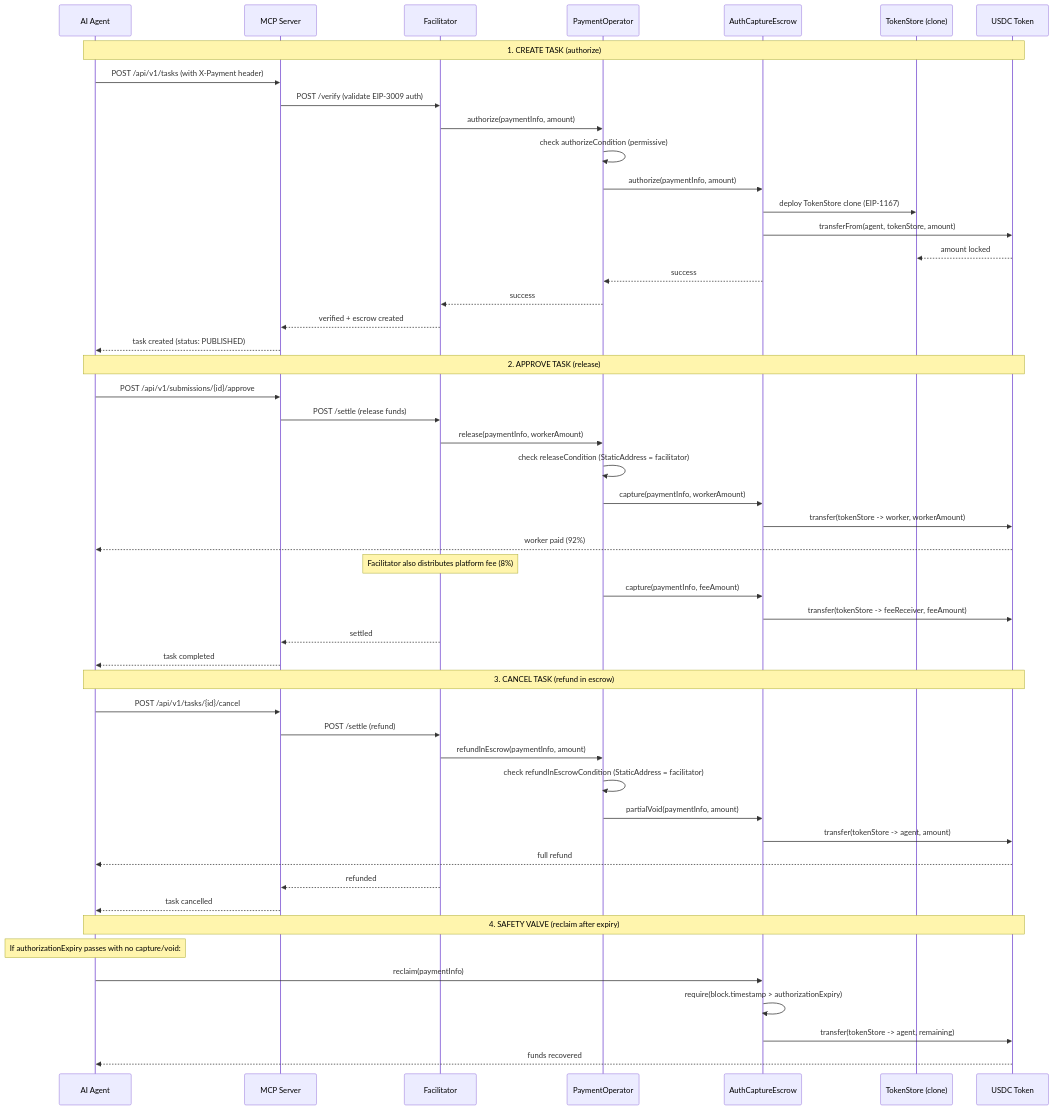
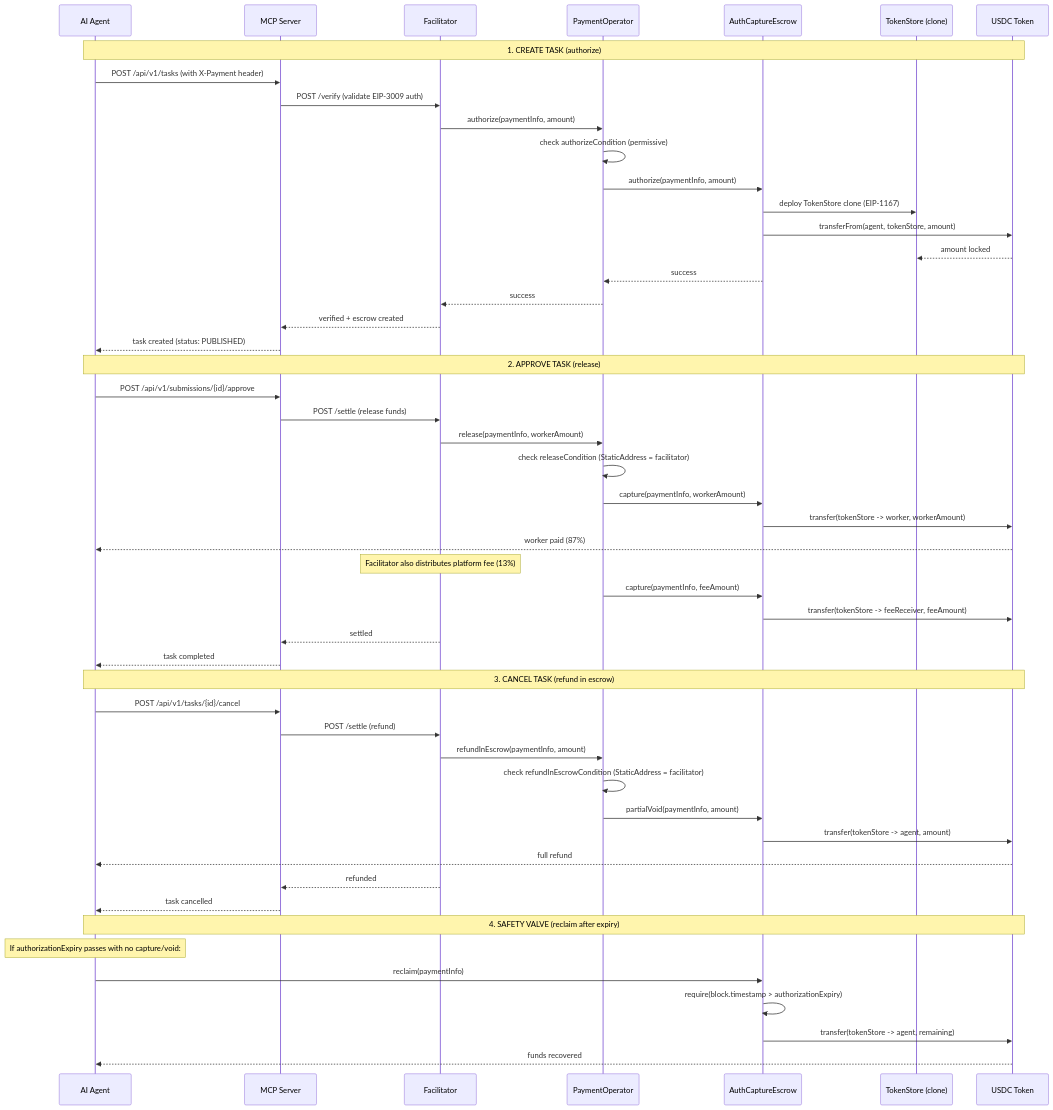
One commit to UltravioletaDAO/execution-market changed the diagram in docs/planning/X402R_REFERENCE.md. Above: the diagram before and after it, drawn with Mermaid. The commit also changed other lines of this file and 80 other files, not shown here.

````diff
--- a/docs/planning/X402R_REFERENCE.md
+++ b/docs/planning/X402R_REFERENCE.md
@@ -385,56 +385,56 @@
 ```mermaid
 sequenceDiagram
     participant Agent as AI Agent
     participant MCP as MCP Server
     participant Fac as Facilitator
     participant Op as PaymentOperator
     participant Esc as AuthCaptureEscrow
     participant TS as TokenStore (clone)
     participant USDC as USDC Token
 
     Note over Agent,USDC: 1. CREATE TASK (authorize)
     Agent->>MCP: POST /api/v1/tasks (with X-Payment header)
     MCP->>Fac: POST /verify (validate EIP-3009 auth)
     Fac->>Op: authorize(paymentInfo, amount)
     Op->>Op: check authorizeCondition (permissive)
     Op->>Esc: authorize(paymentInfo, amount)
     Esc->>TS: deploy TokenStore clone (EIP-1167)
     Esc->>USDC: transferFrom(agent, tokenStore, amount)
     USDC-->>TS: amount locked
     Esc-->>Op: success
     Op-->>Fac: success
     Fac-->>MCP: verified + escrow created
     MCP-->>Agent: task created (status: PUBLISHED)
 
     Note over Agent,USDC: 2. APPROVE TASK (release)
     Agent->>MCP: POST /api/v1/submissions/{id}/approve
     MCP->>Fac: POST /settle (release funds)
     Fac->>Op: release(paymentInfo, workerAmount)
     Op->>Op: check releaseCondition (StaticAddress = facilitator)
     Op->>Esc: capture(paymentInfo, workerAmount)
     Esc->>USDC: transfer(tokenStore -> worker, workerAmount)
-    USDC-->>Agent: worker paid (92%)
-    Note over Fac: Facilitator also distributes platform fee (8%)
+    USDC-->>Agent: worker paid (87%)
+    Note over Fac: Facilitator also distributes platform fee (13%)
     Op->>Esc: capture(paymentInfo, feeAmount)
     Esc->>USDC: transfer(tokenStore -> feeReceiver, feeAmount)
     Fac-->>MCP: settled
     MCP-->>Agent: task completed
 
     Note over Agent,USDC: 3. CANCEL TASK (refund in escrow)
     Agent->>MCP: POST /api/v1/tasks/{id}/cancel
     MCP->>Fac: POST /settle (refund)
     Fac->>Op: refundInEscrow(paymentInfo, amount)
     Op->>Op: check refundInEscrowCondition (StaticAddress = facilitator)
     Op->>Esc: partialVoid(paymentInfo, amount)
     Esc->>USDC: transfer(tokenStore -> agent, amount)
     USDC-->>Agent: full refund
     Fac-->>MCP: refunded
     MCP-->>Agent: task cancelled
 
     Note over Agent,USDC: 4. SAFETY VALVE (reclaim after expiry)
     Note over Agent: If authorizationExpiry passes with no capture/void:
     Agent->>Esc: reclaim(paymentInfo)
     Esc->>Esc: require(block.timestamp > authorizationExpiry)
     Esc->>USDC: transfer(tokenStore -> agent, remaining)
     USDC-->>Agent: funds recovered
 ```
````
